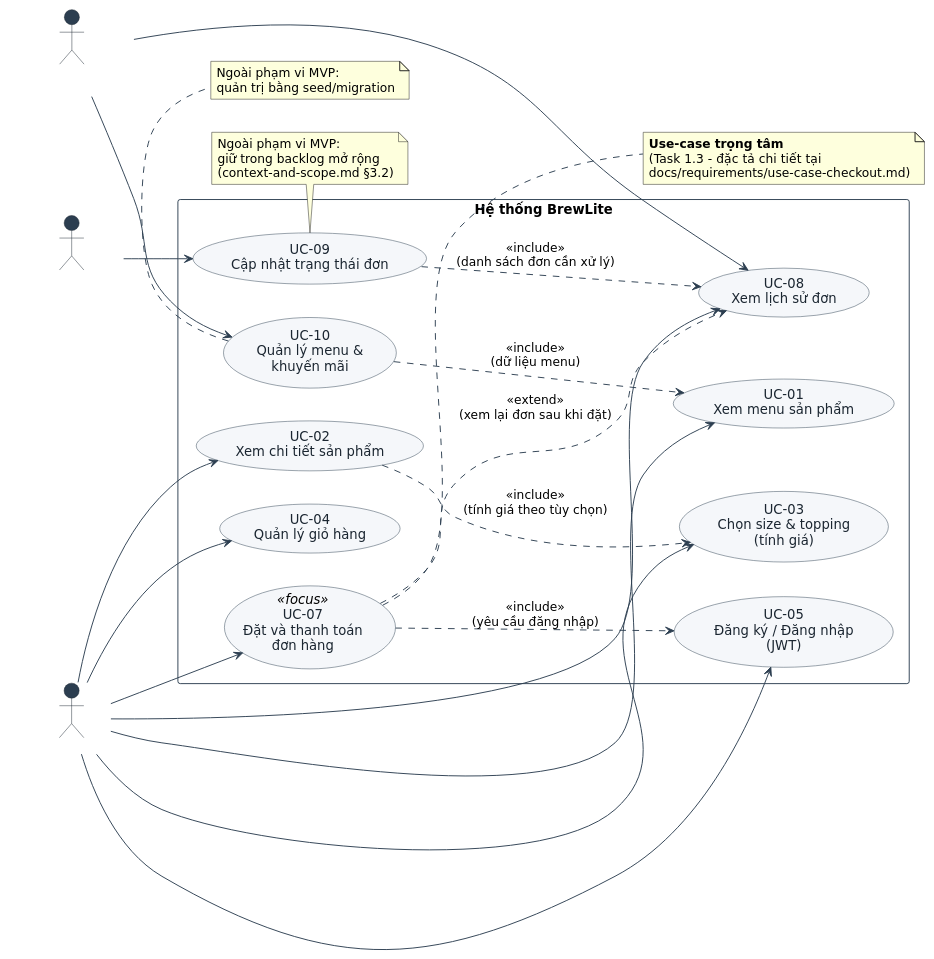
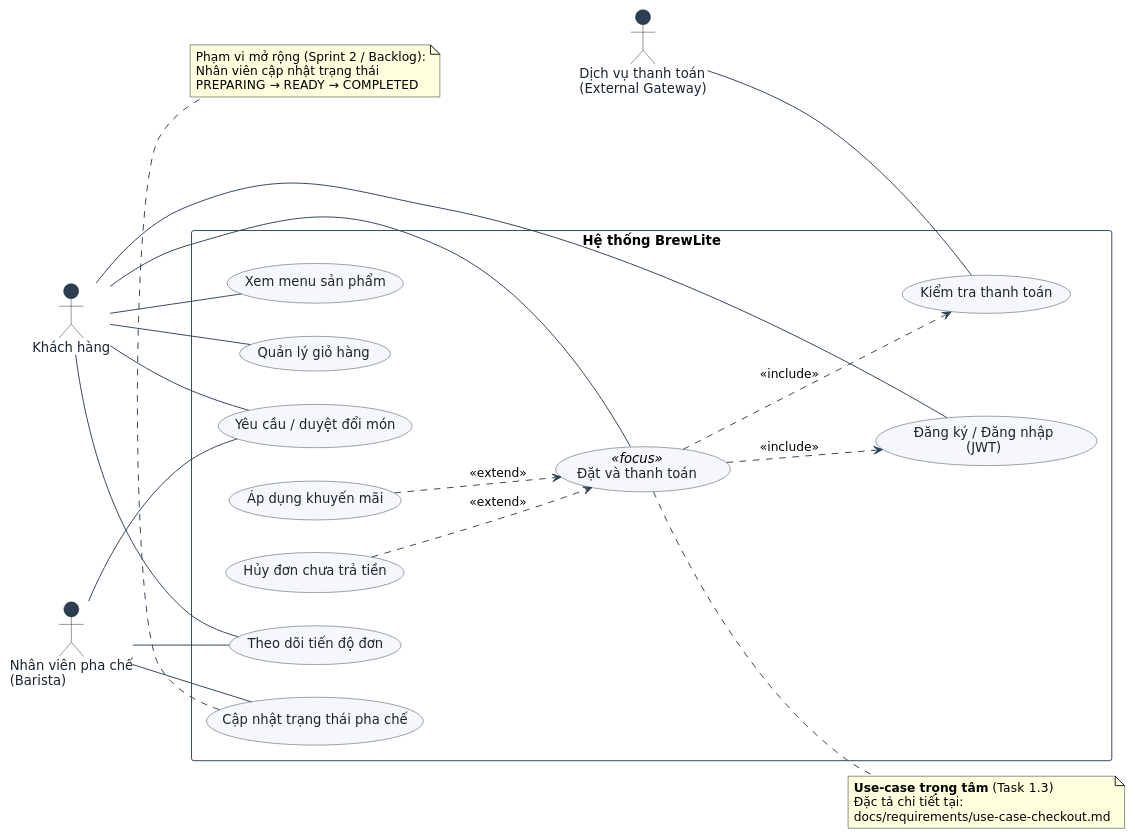
Before and after one commit to NgTranNghi/Brewlite_assignment: the diagram in docs/diagrams/usecase-overview.puml, drawn with PlantUML. The commit also changed 4 other files, not shown here.

Commit message:
docs(task-1.3): detail checkout use-case, refine system use-cases and add traceability matrix

```diff
--- a/docs/diagrams/usecase-overview.puml
+++ b/docs/diagrams/usecase-overview.puml
@@ -1,84 +1,100 @@
 @startuml usecase-overview
 '==============================================================
 ' BrewLite – Sơ đồ use-case tổng quát của toàn hệ thống
-' Task 1.2 (Assignment 2) | Nguồn: docs/requirements/srs.md
+' Task 1.2 & 1.3 (Assignment 2) | Nguồn: docs/requirements/srs.md
 '==============================================================
 skinparam backgroundColor #FFFFFF
 skinparam shadowing false
 skinparam defaultFontName "DejaVu Sans"
+
 skinparam usecase {
   BackgroundColor #F5F7FA
   BorderColor #2C3E50
   ArrowColor #2C3E50
   FontColor #1B2631
 }
+
 skinparam actor {
   BackgroundColor #2C3E50
   BorderColor #1B2631
-  FontColor #FFFFFF
+  FontColor #1B2631
 }
+
 skinparam rectangle {
   BackgroundColor #FFFFFF
   BorderColor #2C3E50
   FontStyle bold
 }
 
 left to right direction
 
 actor "Khách hàng" as Customer
-actor "Nhân viên quầy\n(Barista)" as Barista
-actor "Quản lý cửa hàng /\nProduct Owner" as Manager
+actor "Dịch vụ thanh toán\n(External Gateway)" as PaymentService
+actor "Nhân viên pha chế\n(Barista)" as Barista
 
 rectangle "Hệ thống BrewLite" {
-  usecase "UC-01\nXem menu sản phẩm" as UC01
-  usecase "UC-02\nXem chi tiết sản phẩm" as UC02
-  usecase "UC-03\nChọn size & topping\n(tính giá)" as UC03
-  usecase "UC-04\nQuản lý giỏ hàng" as UC04
-  usecase "UC-05\nĐăng ký / Đăng nhập\n(JWT)" as UC05
-  usecase "UC-07\nĐặt và thanh toán\nđơn hàng" as UC07 <<focus>>
-  usecase "UC-08\nXem lịch sử đơn" as UC08
-  usecase "UC-09\nCập nhật trạng thái đơn" as UC09
-  usecase "UC-10\nQuản lý menu &\nkhuyến mãi" as UC10
+  ' --- Nhóm Duyệt món & Giỏ hàng ---
+  usecase "Xem menu sản phẩm" as UC_Menu
+  usecase "Quản lý giỏ hàng" as UC_Cart
+
+  ' --- Nhóm Xác thực ---
+  usecase "Đăng ký / Đăng nhập\n(JWT)" as UC_Auth
+
+  ' --- Nhóm Đặt đơn & Thanh toán (Trọng tâm) ---
+  usecase "Đặt và thanh toán" as UC_Checkout <<focus>>
+  usecase "Kiểm tra thanh toán" as UC_VerifyPayment
+  usecase "Áp dụng khuyến mãi" as UC_Promotion
+  usecase "Hủy đơn chưa trả tiền" as UC_CancelOrder
+
+  ' --- Nhóm Theo dõi & Vận hành quầy ---
+  usecase "Theo dõi tiến độ đơn" as UC_TrackOrder
+  usecase "Cập nhật trạng thái pha chế" as UC_UpdateStatus
+  usecase "Yêu cầu / duyệt đổi món" as UC_Exchange
 }
 
-' --- Quan hệ khách hàng ---
-Customer --> UC01
-Customer --> UC02
-Customer --> UC03
-Customer --> UC04
-Customer --> UC05
-Customer --> UC07
-Customer --> UC08
+' ==============================================================
+' 1. Tương tác của Khách hàng (Customer)
+' ==============================================================
+Customer -- UC_Menu
+Customer -- UC_Cart
+Customer -- UC_Auth
+Customer -- UC_Checkout
+Customer -- UC_TrackOrder
+Customer -- UC_Exchange
 
-' --- Quan hệ nhân viên ---
-Barista --> UC09
+' ==============================================================
+' 2. Tương tác của Đối tác Thanh toán (Payment Service)
+' ==============================================================
+PaymentService -- UC_VerifyPayment
 
-' --- Quan hệ quản lý ---
-Manager --> UC10
-Manager --> UC08
+' ==============================================================
+' 3. Tương tác của Nhân viên pha chế (Barista)
+' ==============================================================
+Barista -- UC_UpdateStatus
+Barista -- UC_Exchange
+Barista -- UC_TrackOrder
 
-' --- Quan hệ <<include>> / <<extend>> ---
-UC02 ..> UC03 : <<include>>\n(tính giá theo tùy chọn)
-UC07 ..> UC05 : <<include>>\n(yêu cầu đăng nhập)
-UC07 ..> UC08 : <<extend>>\n(xem lại đơn sau khi đặt)
-UC09 ..> UC08 : <<include>>\n(danh sách đơn cần xử lý)
-UC10 ..> UC01 : <<include>>\n(dữ liệu menu)
+' ==============================================================
+' 4. Quan hệ nội bộ giữa các Use Case (<<include>> & <<extend>>)
+' ==============================================================
+' Đặt và thanh toán BẮT BUỘC phải xác thực tài khoản và kiểm tra thanh toán
+UC_Checkout ..> UC_Auth : <<include>>
+UC_Checkout ..> UC_VerifyPayment : <<include>>
 
-note right of UC07
-  **Use-case trọng tâm**
-  (Task 1.3 – đặc tả chi tiết tại
-  docs/requirements/use-case-checkout.md)
+' Áp dụng mã giảm giá và Hủy đơn là hành vi MỞ RỘNG (tùy chọn hoặc ngoại lệ)
+UC_Promotion ..> UC_Checkout : <<extend>>
+UC_CancelOrder ..> UC_Checkout : <<extend>>
+
+note right of UC_Checkout
+  **Use-case trọng tâm** (Task 1.3)
+  Đặc tả chi tiết tại:
+  docs/requirements/use-case-checkout.md
 end note
 
-note bottom of UC09
-  Ngoài phạm vi MVP:
-  giữ trong backlog mở rộng
-  (context-and-scope.md §3.2)
-end note
-
-note bottom of UC10
-  Ngoài phạm vi MVP:
-  quản trị bằng seed/migration
+note bottom of UC_UpdateStatus
+  Phạm vi mở rộng (Sprint 2 / Backlog):
+  Nhân viên cập nhật trạng thái
+  PREPARING → READY → COMPLETED
 end note
 
 @enduml
```
